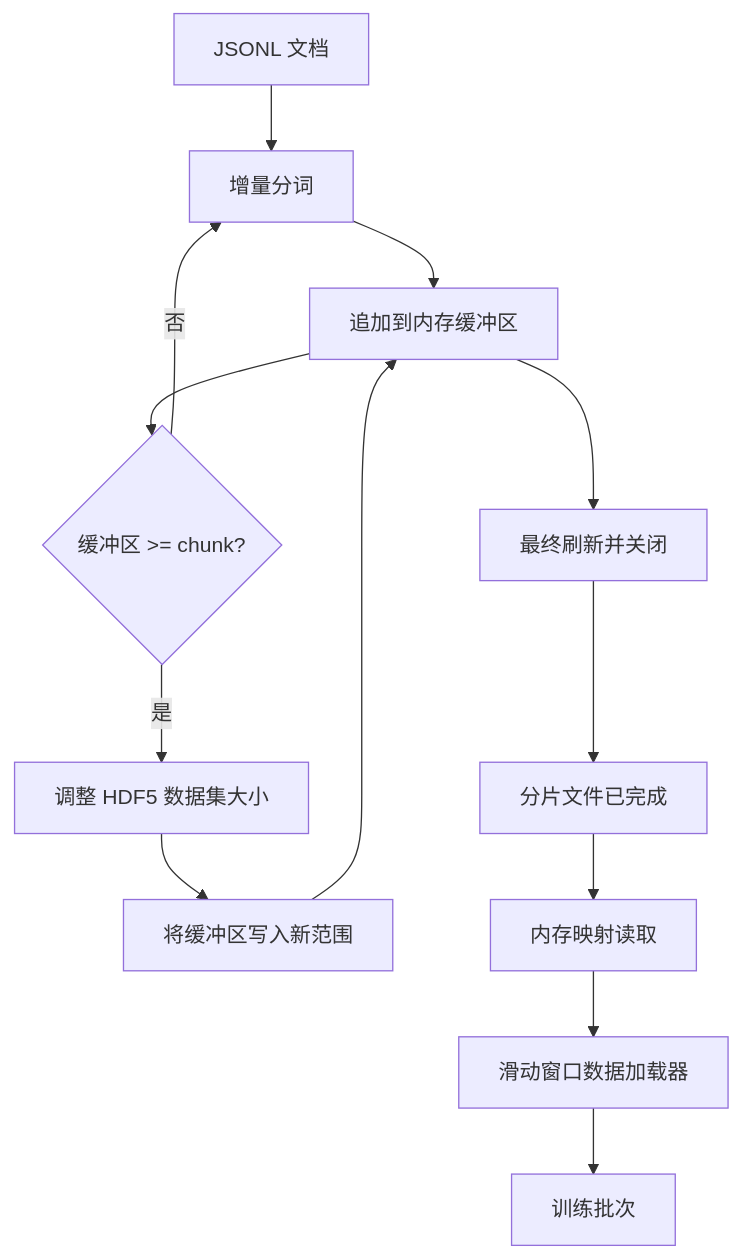
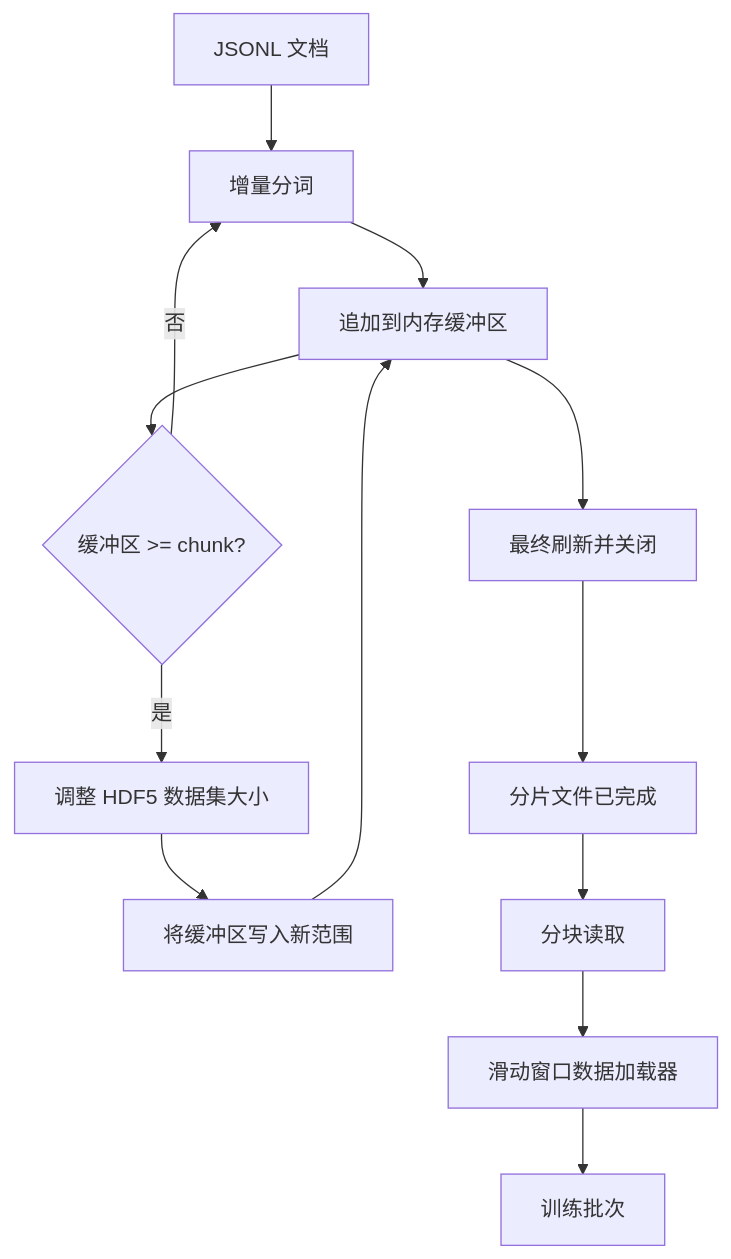
Before and after one commit to huangyue12120/Learning-Atlas: the diagram in content/translations/practice/19-capstone-projects/43-hdf5-tokenized-corpus/zh.md, drawn with Mermaid. The commit also changed other lines of this file and 305 other files, not shown here.

````diff
--- a/content/translations/practice/19-capstone-projects/43-hdf5-tokenized-corpus/zh.md
+++ b/content/translations/practice/19-capstone-projects/43-hdf5-tokenized-corpus/zh.md
@@ -38,15 +38,15 @@
 ```mermaid
 flowchart TD
   JSONL[JSONL 文档] --> Tokenize[增量分词]
   Tokenize --> Buffer[追加到内存缓冲区]
   Buffer --> Flush{缓冲区 >= chunk?}
   Flush -- 否 --> Tokenize
   Flush -- 是 --> Resize[调整 HDF5 数据集大小]
   Resize --> Write[将缓冲区写入新范围]
   Write --> Buffer
   Buffer --> Close[最终刷新并关闭]
   Close --> ShardDone[分片文件已完成]
-  ShardDone --> MMapRead[内存映射读取]
+  ShardDone --> MMapRead[分块读取]
   MMapRead --> Window[滑动窗口数据加载器]
   Window --> Train[训练批次]
 ```
````
